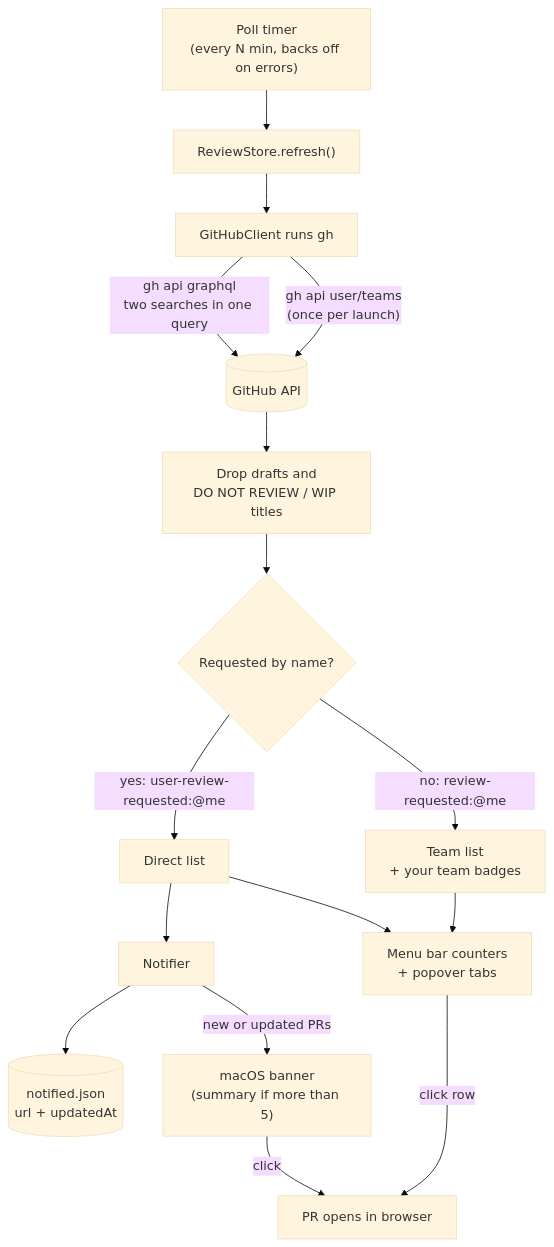
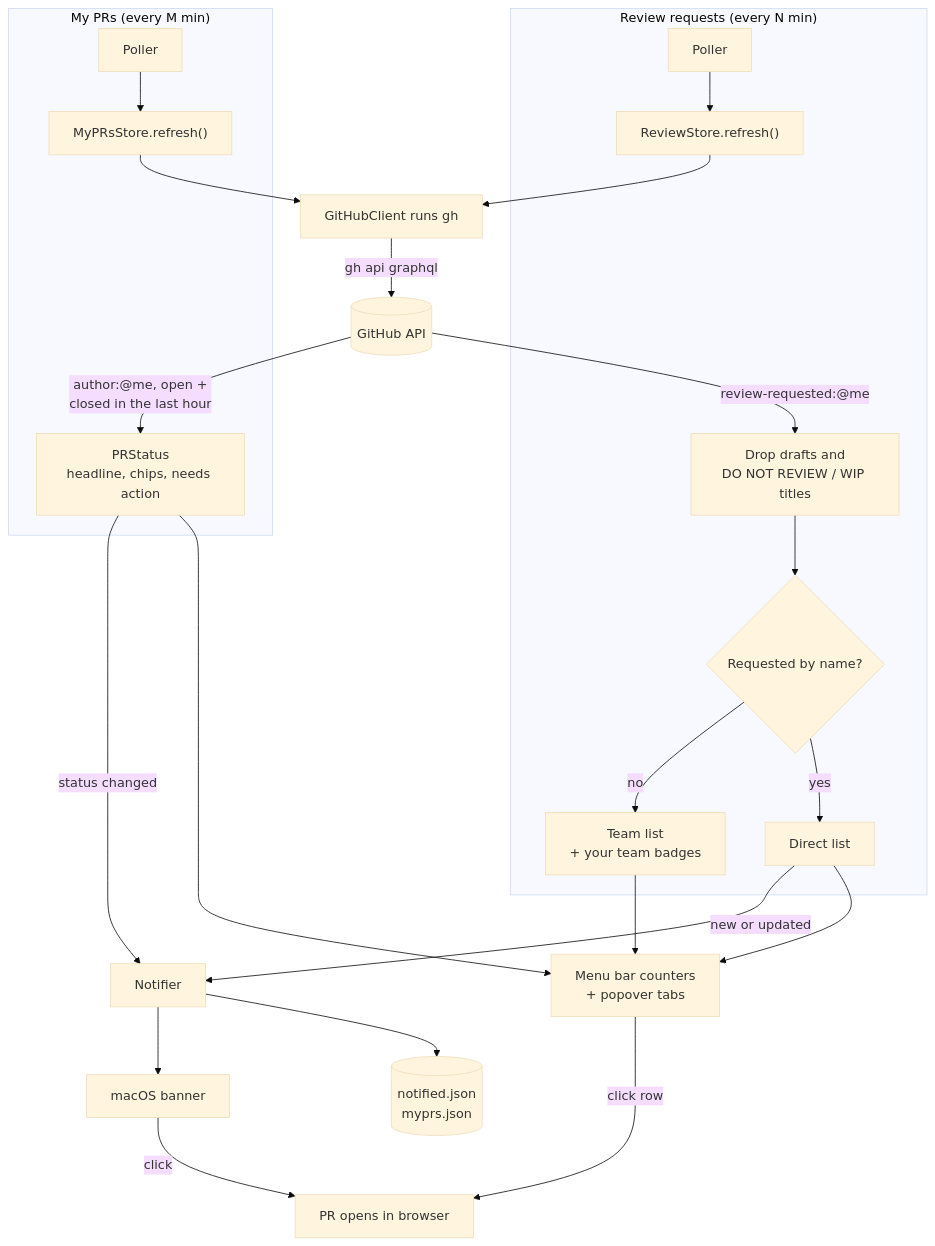
Before and after one commit to wlepinski-synth/gh-pr-review-notify: the diagram in README.md, drawn with Mermaid (base theme). The commit also changed other lines of this file and 15 other files, not shown here.

````diff
--- a/README.md
+++ b/README.md
@@ -33,18 +60,31 @@
 ```mermaid
 flowchart TD
-    timer["Poll timer<br/>(every N min, backs off on errors)"] --> refresh["ReviewStore.refresh()"]
-    refresh --> gh["GitHubClient runs gh"]
-    gh -->|"gh api graphql<br/>two searches in one query"| api[("GitHub API")]
-    gh -->|"gh api user/teams<br/>(once per launch)"| api
-    api --> filter["Drop drafts and<br/>DO NOT REVIEW / WIP titles"]
-    filter --> split{"Requested by name?"}
-    split -->|"yes: user-review-requested:@me"| direct["Direct list"]
-    split -->|"no: review-requested:@me"| team["Team list<br/>+ your team badges"]
+    subgraph reviews["Review requests (every N min)"]
+        rtimer["Poller"] --> rrefresh["ReviewStore.refresh()"]
+        rfilter["Drop drafts and<br/>DO NOT REVIEW / WIP titles"] --> split{"Requested by name?"}
+        split -->|"yes"| direct["Direct list"]
+        split -->|"no"| team["Team list<br/>+ your team badges"]
+    end
+
+    subgraph mine["My PRs (every M min)"]
+        mtimer["Poller"] --> mrefresh["MyPRsStore.refresh()"]
+        status["PRStatus<br/>headline, chips, needs action"]
+    end
+
+    rrefresh --> gh["GitHubClient runs gh"]
+    mrefresh --> gh
+    gh -->|"gh api graphql"| api[("GitHub API")]
+    api -->|"review-requested:@me"| rfilter
+    api -->|"author:@me, open +<br/>closed in the last hour"| status
+
     direct --> ui["Menu bar counters<br/>+ popover tabs"]
     team --> ui
-    direct --> notifier["Notifier"]
-    notifier --> state[("notified.json<br/>url + updatedAt")]
-    notifier -->|"new or updated PRs"| banner["macOS banner<br/>(summary if more than 5)"]
+    status --> ui
+
+    direct -->|"new or updated"| notifier["Notifier"]
+    status -->|"status changed"| notifier
+    notifier --> state[("notified.json<br/>myprs.json")]
+    notifier --> banner["macOS banner"]
     banner -->|click| browser["PR opens in browser"]
     ui -->|click row| browser
 ```
````
